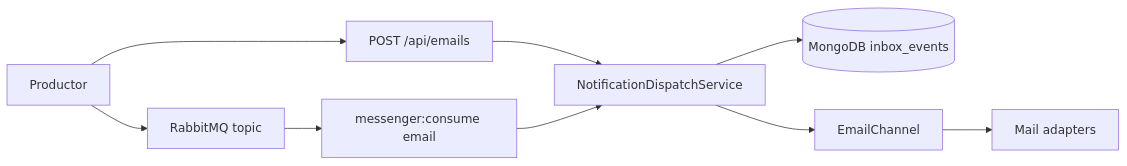
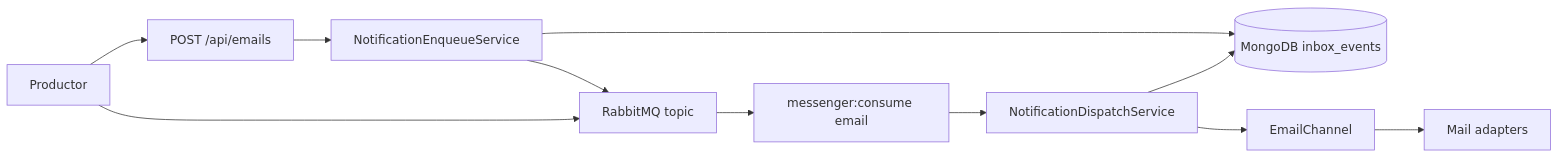
The first of 3 diagrams in docs/architecture.md (rafalejandrorh/laravel-notifications-microservice), drawn with Mermaid before and after one commit. The commit also changed other lines of this file and 15 other files, not shown here.

````diff
--- a/docs/architecture.md
+++ b/docs/architecture.md
@@ -11,18 +11,21 @@
 ```mermaid
 flowchart LR
   Producer[Productor]
   Api["POST /api/emails"]
   Rabbit[RabbitMQ topic]
   Worker["messenger:consume email"]
+  Enqueue[NotificationEnqueueService]
   Dispatch[NotificationDispatchService]
   Inbox[(MongoDB inbox_events)]
   Channel[EmailChannel]
   Provider[Mail adapters]
 
   Producer --> Api
   Producer --> Rabbit
-  Api --> Dispatch
+  Api --> Enqueue
+  Enqueue --> Inbox
+  Enqueue --> Rabbit
   Rabbit --> Worker --> Dispatch
   Dispatch --> Inbox
   Dispatch --> Channel --> Provider
 ```
````
